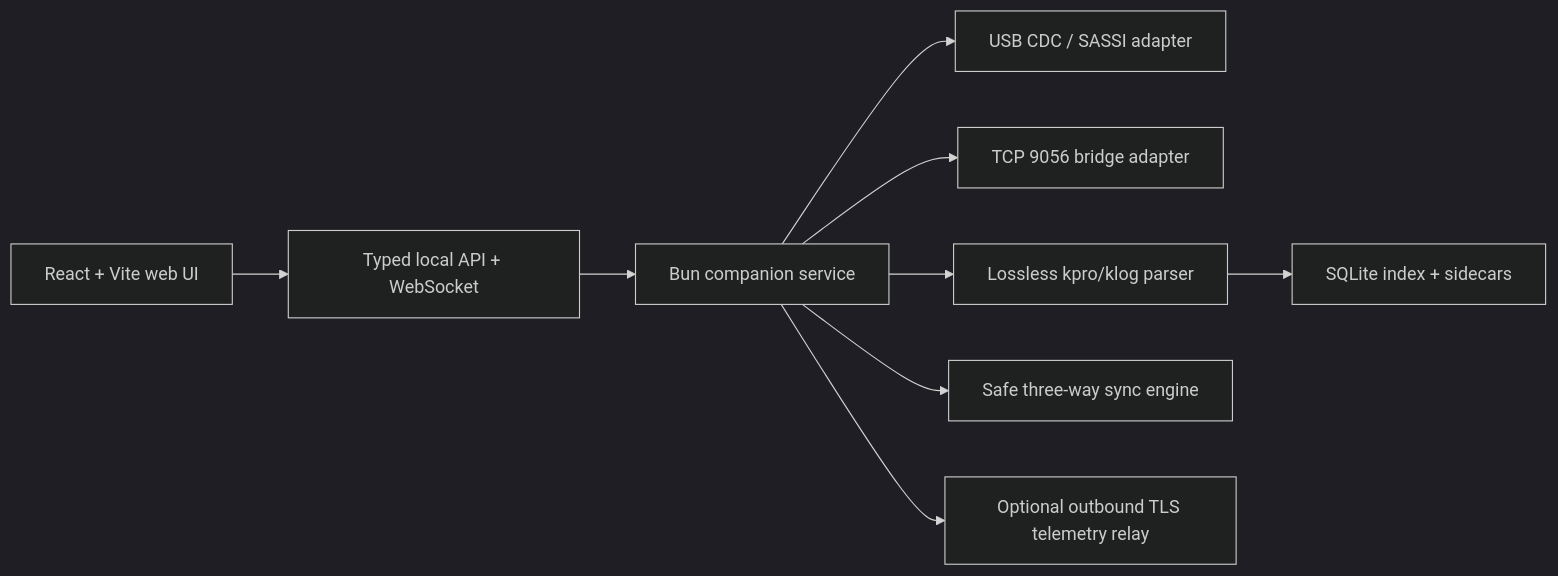
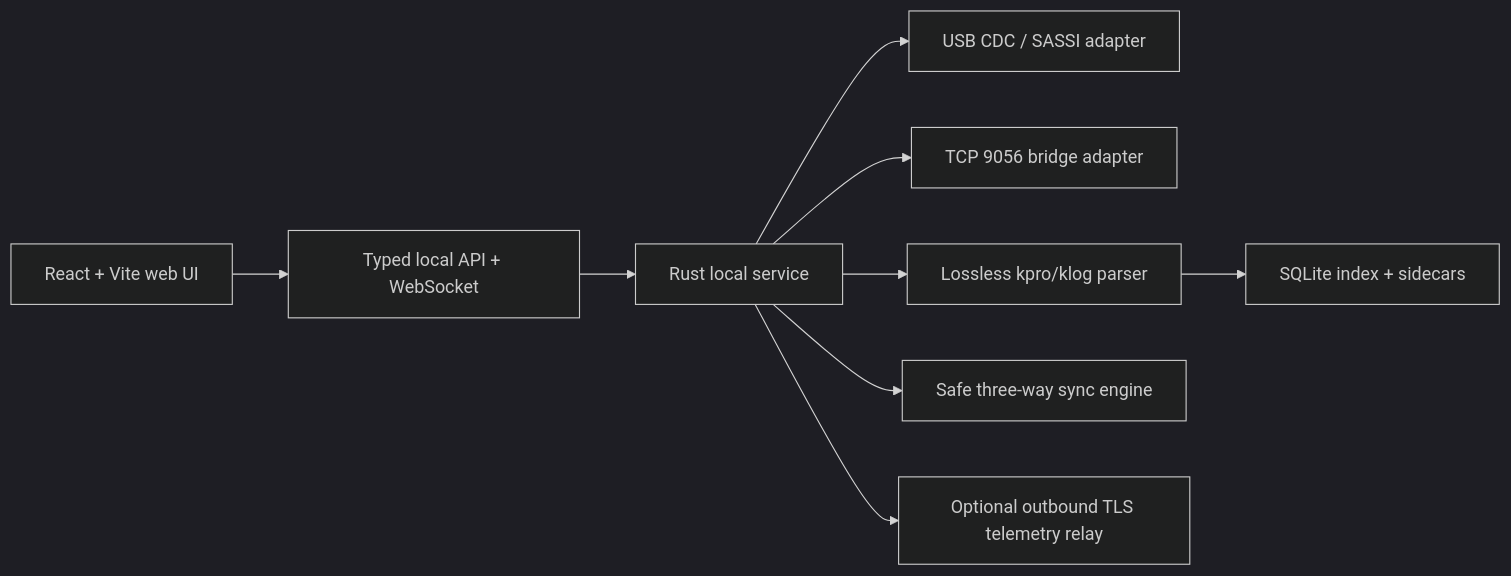
The diagram in docs/02-usb-protocol-and-file-formats.md (xavierroma/tan-studio), drawn with Mermaid (dark theme) before and after one commit. The commit also changed 34 other files, not shown here.

````diff
--- a/docs/02-usb-protocol-and-file-formats.md
+++ b/docs/02-usb-protocol-and-file-formats.md
@@ -688,11 +688,11 @@
 ```mermaid
 flowchart LR
     UI["React + Vite web UI"] --> API["Typed local API + WebSocket"]
-    API --> AGENT["Bun companion service"]
+    API --> AGENT["Rust local service"]
     AGENT --> USB["USB CDC / SASSI adapter"]
     AGENT --> LAN["TCP 9056 bridge adapter"]
     AGENT --> FILES["Lossless kpro/klog parser"]
     FILES --> DB["SQLite index + sidecars"]
     AGENT --> SYNC["Safe three-way sync engine"]
     AGENT --> RELAY["Optional outbound TLS telemetry relay"]
 ```
````
